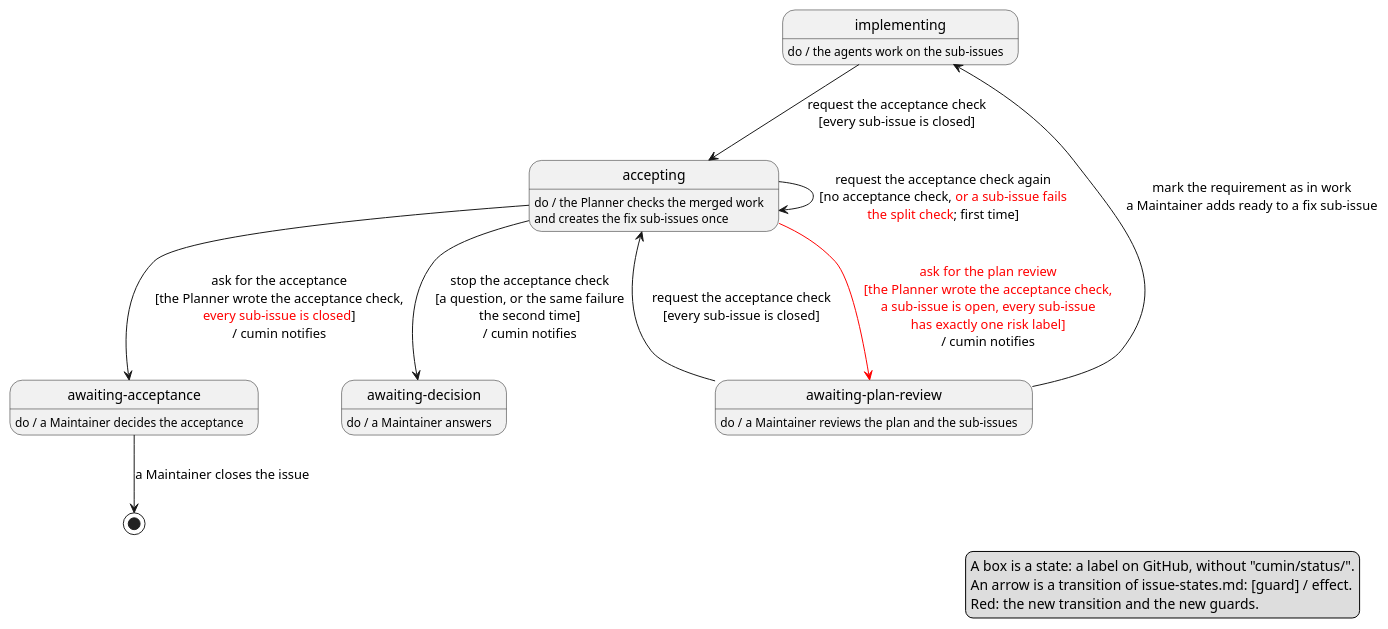
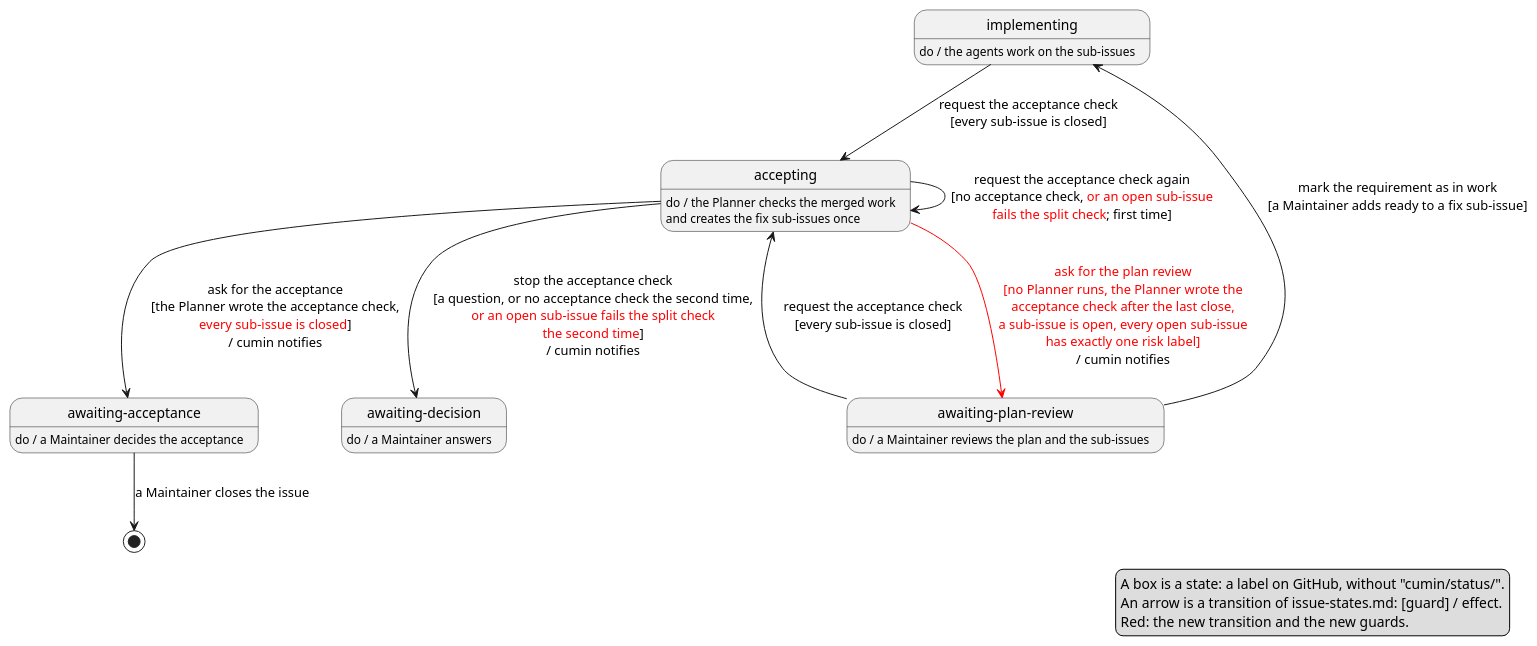
One commit to cloveclovedev/cumin-works changed the diagram in docs/ja/designs/acceptance-check.puml. Above: the diagram before and after it, drawn with PlantUML. The commit also changed 2 other files, not shown here.

Commit message:
docs(designs): check the risk label only on open sub-issues after the acceptance check
The changed rows now read the risk label of the open sub-issues only,
so that "ask for the acceptance" and "request the acceptance check
again" never hold together. Also match fix sub-issues by a source
link, name the change of poll.md for #842, rename a column, and add
the missing guards to the diagram.

```diff
--- a/docs/ja/designs/acceptance-check.puml
+++ b/docs/ja/designs/acceptance-check.puml
@@ -1,38 +1,38 @@
 @startuml acceptance-check
 ' cumin works - the states of a requirement issue around the acceptance check.
 ' Document: acceptance-check.md, section on the changed rows of issue-states.md.
 ' The red arrow and the red guards are the change. Render: run scripts/render-diagrams.sh at the root of the repository.
 
 hide empty description
 
 state "implementing" as Implementing
 Implementing : do / the agents work on the sub-issues
 
 state "awaiting-plan-review" as PlanReview
 PlanReview : do / a Maintainer reviews the plan and the sub-issues
 
 state "accepting" as Accepting
 Accepting : do / the Planner checks the merged work\nand creates the fix sub-issues once
 
 state "awaiting-acceptance" as Acceptance
 Acceptance : do / a Maintainer decides the acceptance
 
 state "awaiting-decision" as Decision
 Decision : do / a Maintainer answers
 
 Implementing --> Accepting : request the acceptance check\n[every sub-issue is closed]
 PlanReview --> Accepting : request the acceptance check\n[every sub-issue is closed]
-PlanReview --> Implementing : mark the requirement as in work\na Maintainer adds ready to a fix sub-issue
-Accepting -[#red]-> PlanReview : <color:red>ask for the plan review</color>\n<color:red>[the Planner wrote the acceptance check,</color>\n<color:red>a sub-issue is open, every sub-issue</color>\n<color:red>has exactly one risk label]</color>\n/ cumin notifies
+PlanReview --> Implementing : mark the requirement as in work\n[a Maintainer adds ready to a fix sub-issue]
+Accepting -[#red]-> PlanReview : <color:red>ask for the plan review</color>\n<color:red>[no Planner runs, the Planner wrote the</color>\n<color:red>acceptance check after the last close,</color>\n<color:red>a sub-issue is open, every open sub-issue</color>\n<color:red>has exactly one risk label]</color>\n/ cumin notifies
 Accepting --> Acceptance : ask for the acceptance\n[the Planner wrote the acceptance check,\n<color:red>every sub-issue is closed</color>]\n/ cumin notifies
-Accepting --> Accepting : request the acceptance check again\n[no acceptance check, <color:red>or a sub-issue fails</color>\n<color:red>the split check</color>; first time]
-Accepting --> Decision : stop the acceptance check\n[a question, or the same failure\nthe second time]\n/ cumin notifies
+Accepting --> Accepting : request the acceptance check again\n[no acceptance check, <color:red>or an open sub-issue</color>\n<color:red>fails the split check</color>; first time]
+Accepting --> Decision : stop the acceptance check\n[a question, or no acceptance check the second time,\n<color:red>or an open sub-issue fails the split check</color>\n<color:red>the second time</color>]\n/ cumin notifies
 Acceptance --> [*] : a Maintainer closes the issue
 
 legend right
   A box is a state: a label on GitHub, without "cumin/status/".
   An arrow is a transition of issue-states.md: [guard] / effect.
   Red: the new transition and the new guards.
 endlegend
 
 @enduml
```
